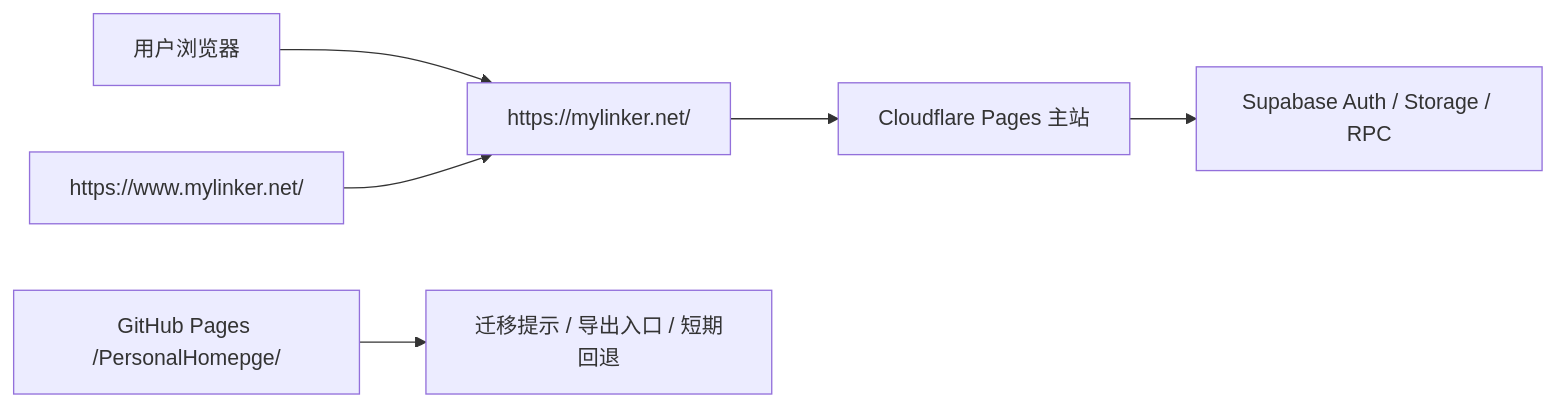
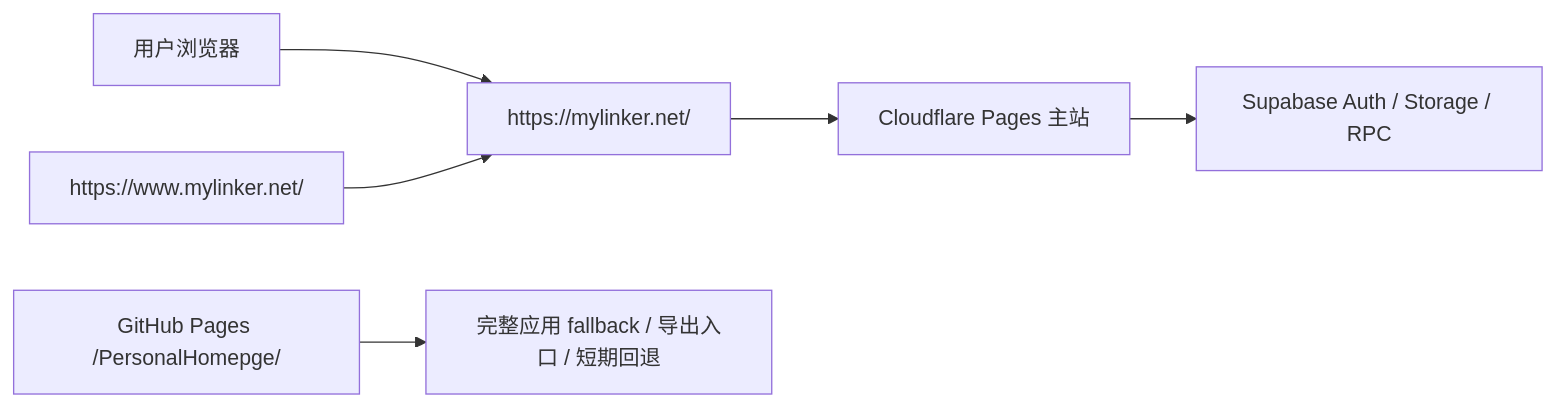
Before and after one commit to yinwenjie/PersonalHomepge: the diagram in docs/guides/MainDomainMigrationRunbook.md, drawn with Mermaid. The commit also changed other lines of this file and 4 other files, not shown here.

````diff
--- a/docs/guides/MainDomainMigrationRunbook.md
+++ b/docs/guides/MainDomainMigrationRunbook.md
@@ -32,8 +32,8 @@
 ```mermaid
 flowchart LR
   User["用户浏览器"] --> Apex["https://mylinker.net/"]
   WWW["https://www.mylinker.net/"] --> Apex
   Apex --> CFP["Cloudflare Pages 主站"]
-  Legacy["GitHub Pages /PersonalHomepge/"] --> Notice["迁移提示 / 导出入口 / 短期回退"]
+  Legacy["GitHub Pages /PersonalHomepge/"] --> Fallback["完整应用 fallback / 导出入口 / 短期回退"]
   CFP --> Supabase["Supabase Auth / Storage / RPC"]
 ```
````
